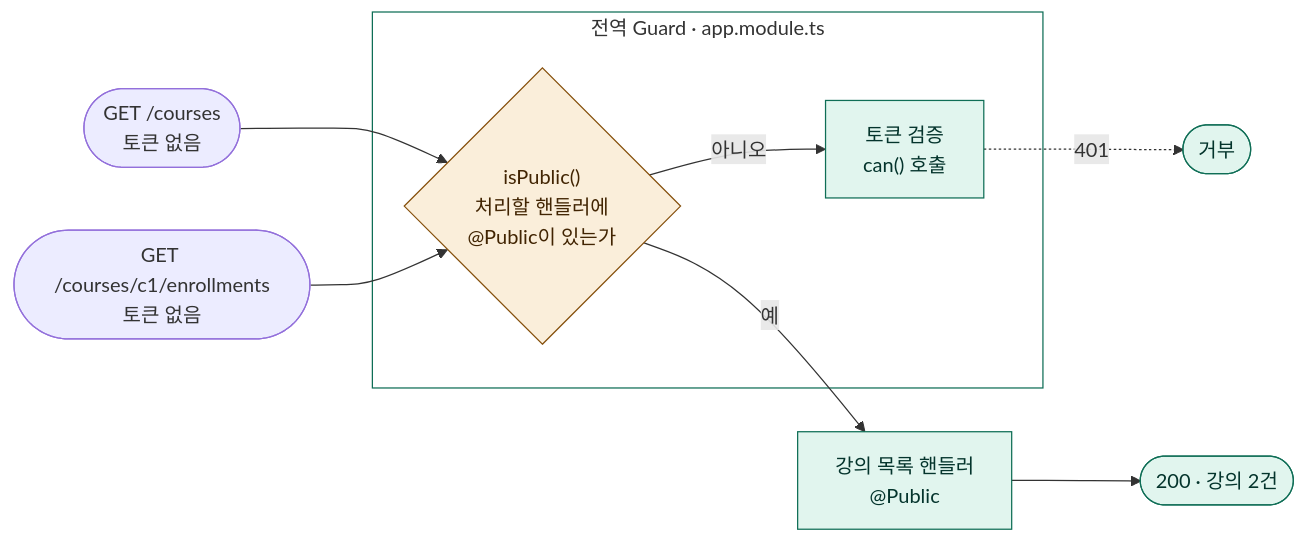
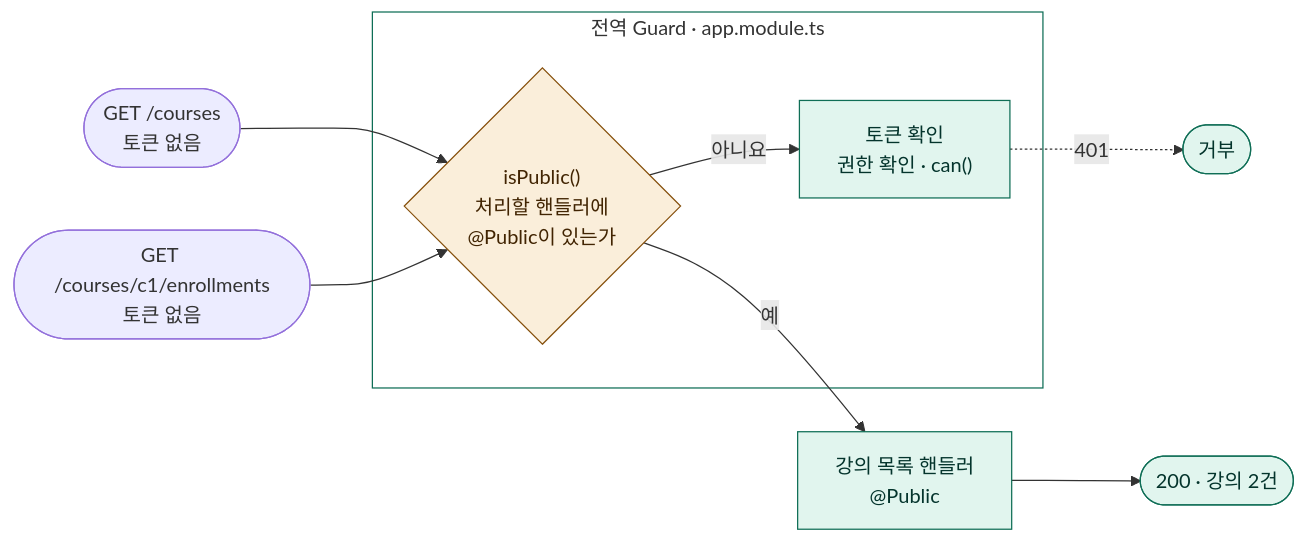
The fourth of 4 diagrams in docs/diagnosis/defect-2.md (loquemedalagana/secure-enroll-demo), drawn with Mermaid before and after one commit. The commit also changed other lines of this file, not shown here.

````diff
--- a/docs/diagnosis/defect-2.md
+++ b/docs/diagnosis/defect-2.md
@@ -420,23 +420,23 @@
 ```mermaid
 flowchart LR
   req1(["GET /courses<br/>토큰 없음"])
   req2(["GET /courses/c1/enrollments<br/>토큰 없음"])
 
   subgraph pep["전역 Guard · app.module.ts"]
     q{"isPublic()<br/>처리할 핸들러에<br/>@Public이 있는가"}
-    g["토큰 검증<br/>can() 호출"]
-    q -- "아니오" --> g
+    g["토큰 확인<br/>권한 확인 · can()"]
+    q -- "아니요" --> g
   end
 
   req1 --> q
   req2 --> q
   q -- "예" --> h1["강의 목록 핸들러<br/>@Public"]
   g -. "401" .-> out1(["거부"])
   h1 --> ok(["200 · 강의 2건"])
 
   classDef safe fill:#E1F5EE,stroke:#0F6E56,color:#04342C
   classDef check fill:#FAEEDA,stroke:#854F0B,color:#412402
   class g,out1,h1,ok safe
   class q check
   style pep fill:none,stroke:#0F6E56
 ```
````
